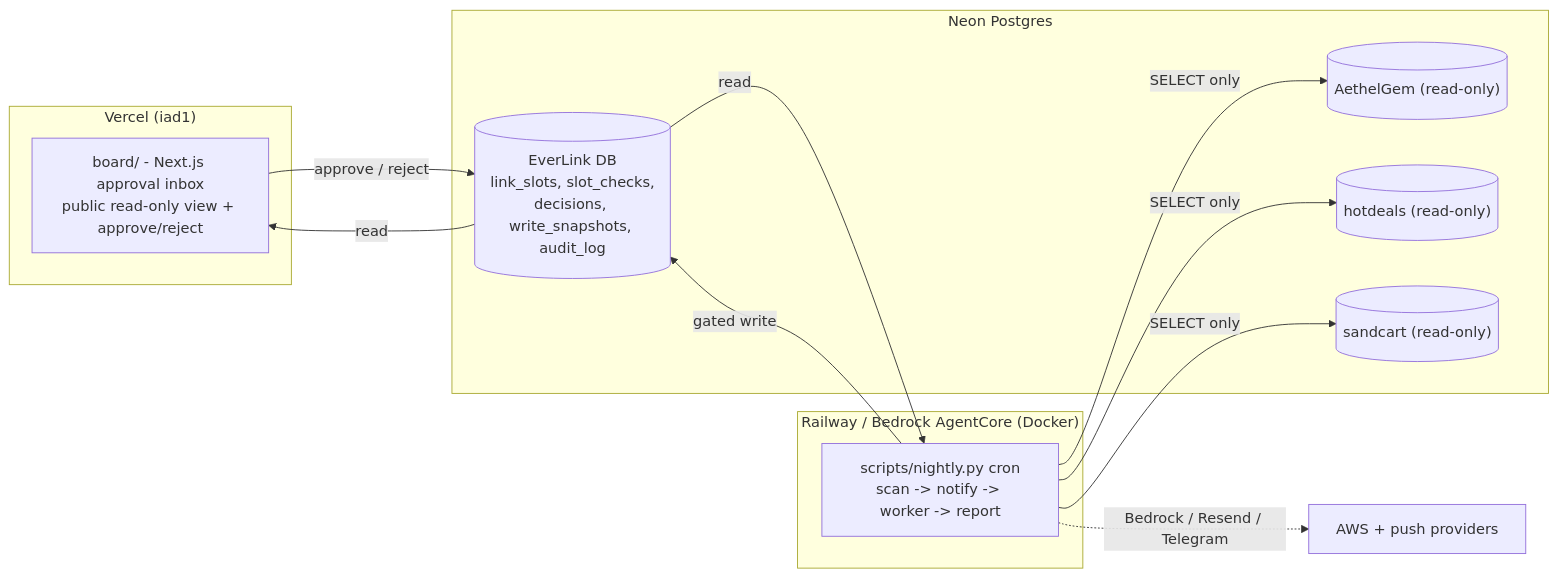
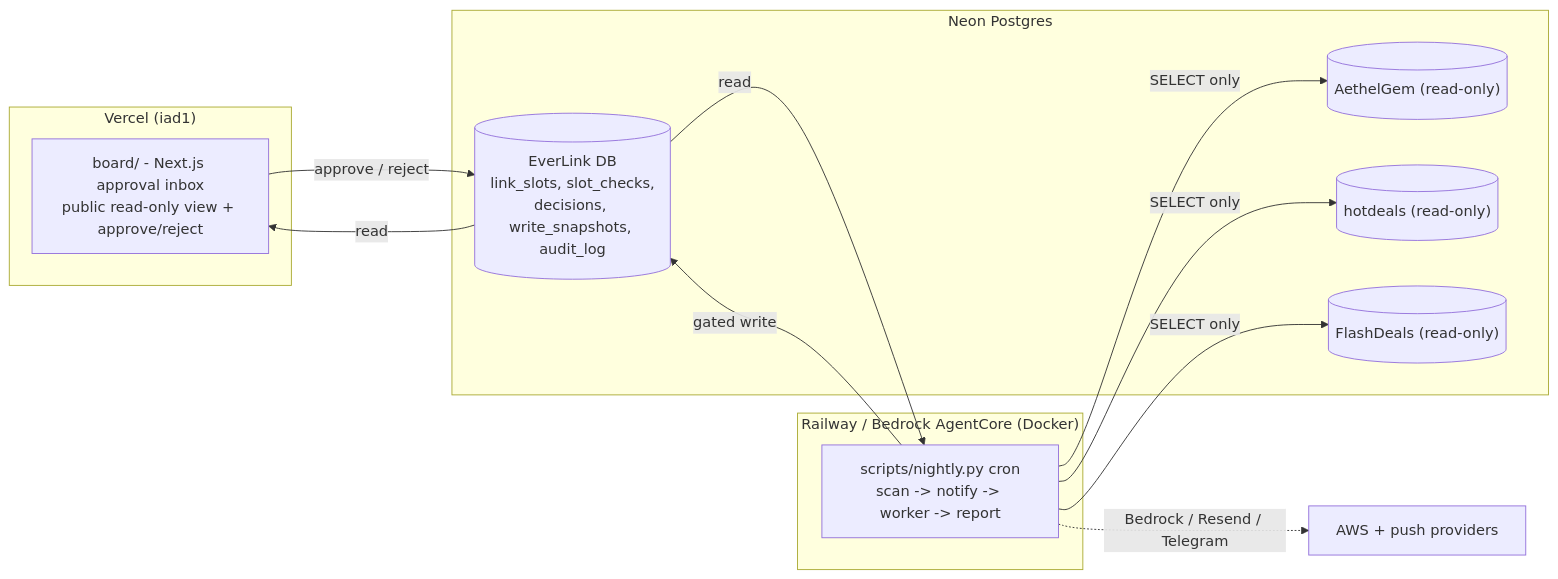
The sixth of 6 diagrams in ARCHITECTURE.md (tomyuya/everlink), drawn with Mermaid before and after one commit. The commit also changed other lines of this file and 8 other files, not shown here.

First line of the commit message:
docs: open the board fully, align write-back wording, surface FlashDeals naming

````diff
--- a/ARCHITECTURE.md
+++ b/ARCHITECTURE.md
@@ -228,21 +228,21 @@
 ```mermaid
 flowchart LR
     subgraph VERCEL["Vercel (iad1)"]
         B["board/ - Next.js approval inbox<br/>public read-only view + approve/reject"]
     end
     subgraph RAILWAY["Railway / Bedrock AgentCore (Docker)"]
         N["scripts/nightly.py cron<br/>scan -> notify -> worker -> report"]
     end
     subgraph NEON["Neon Postgres"]
         E[("EverLink DB<br/>link_slots, slot_checks,<br/>decisions, write_snapshots, audit_log")]
         S1[("AethelGem (read-only)")]
         S2[("hotdeals (read-only)")]
-        S3[("sandcart (read-only)")]
+        S3[("FlashDeals (read-only)")]
     end
     E -- "read" --> N
     N -- "gated write" --> E
     N -- "SELECT only" --> S1 & S2 & S3
     E -- "read" --> B
     B -- "approve / reject" --> E
     N -. "Bedrock / Resend / Telegram" .-> X["AWS + push providers"]
 ```
````
